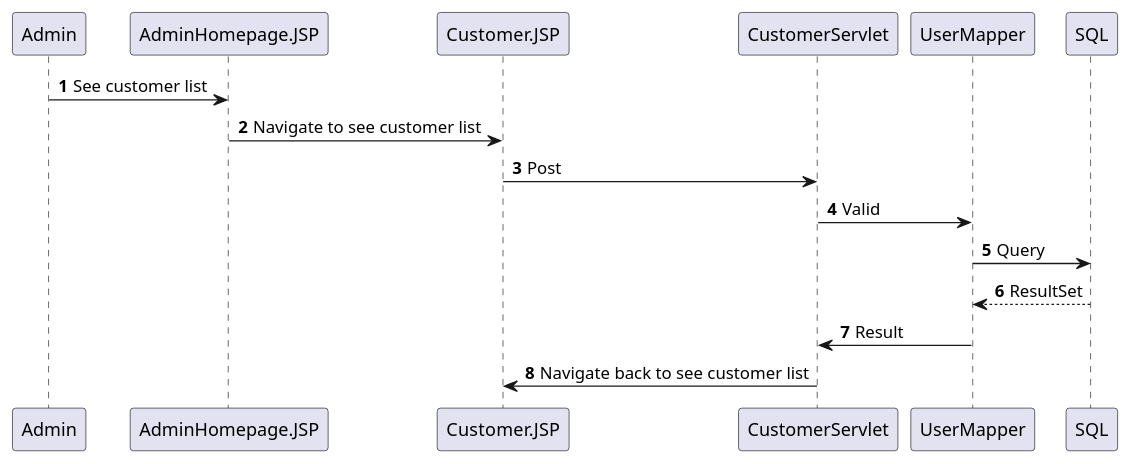
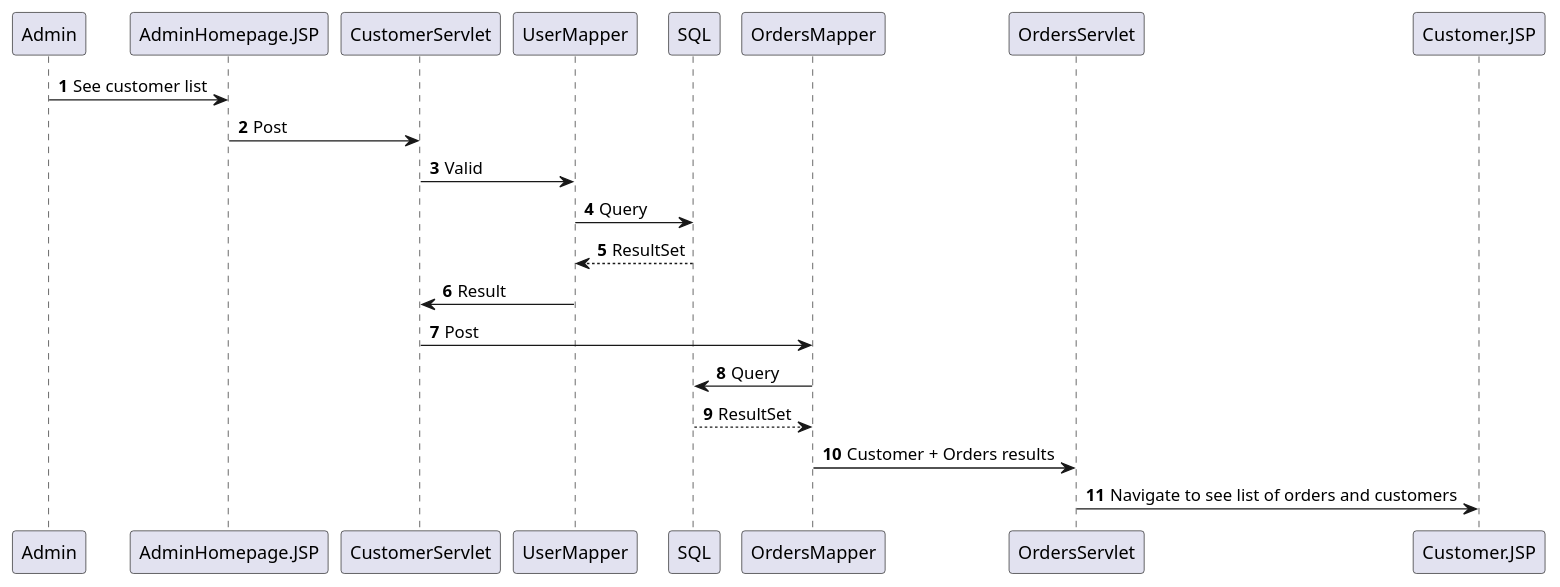
One commit to HeinLarsen/fog-carport changed the diagram in documentation/SqAdminSeeCustomer.puml. Above: the diagram before and after it, drawn with PlantUML. The commit also changed 2 other files, not shown here.

```diff
--- a/documentation/SqAdminSeeCustomer.puml
+++ b/documentation/SqAdminSeeCustomer.puml
@@ -1,15 +1,18 @@
 @startuml
 'https://plantuml.com/sequence-diagram
 
 autonumber
 
 Admin -> AdminHomepage.JSP: See customer list
-AdminHomepage.JSP -> Customer.JSP: Navigate to see customer list
-Customer.JSP -> CustomerServlet: Post
+AdminHomepage.JSP -> CustomerServlet: Post
 CustomerServlet -> UserMapper: Valid
 UserMapper -> SQL: Query
 SQL --> UserMapper: ResultSet
 UserMapper -> CustomerServlet: Result
-CustomerServlet -> Customer.JSP: Navigate back to see customer list
+CustomerServlet -> OrdersMapper: Post
+OrdersMapper -> SQL: Query
+SQL --> OrdersMapper: ResultSet
+OrdersMapper -> OrdersServlet: Customer + Orders results
+OrdersServlet -> Customer.JSP: Navigate to see list of orders and customers
 
 @enduml
```
